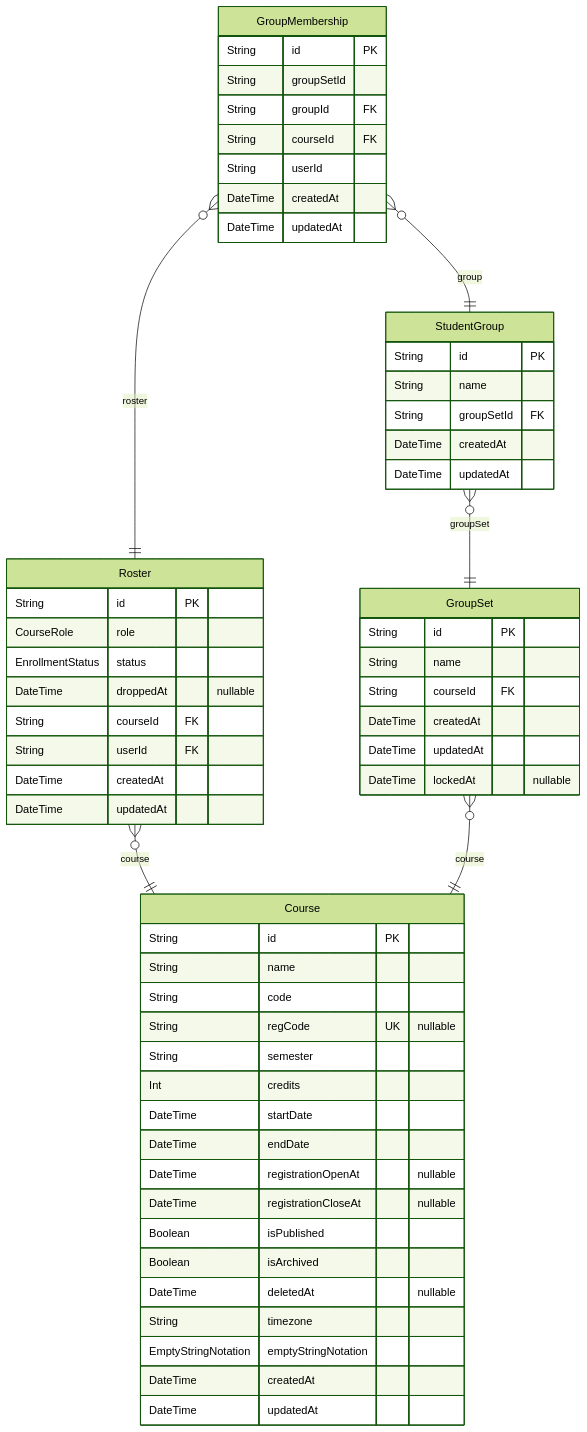
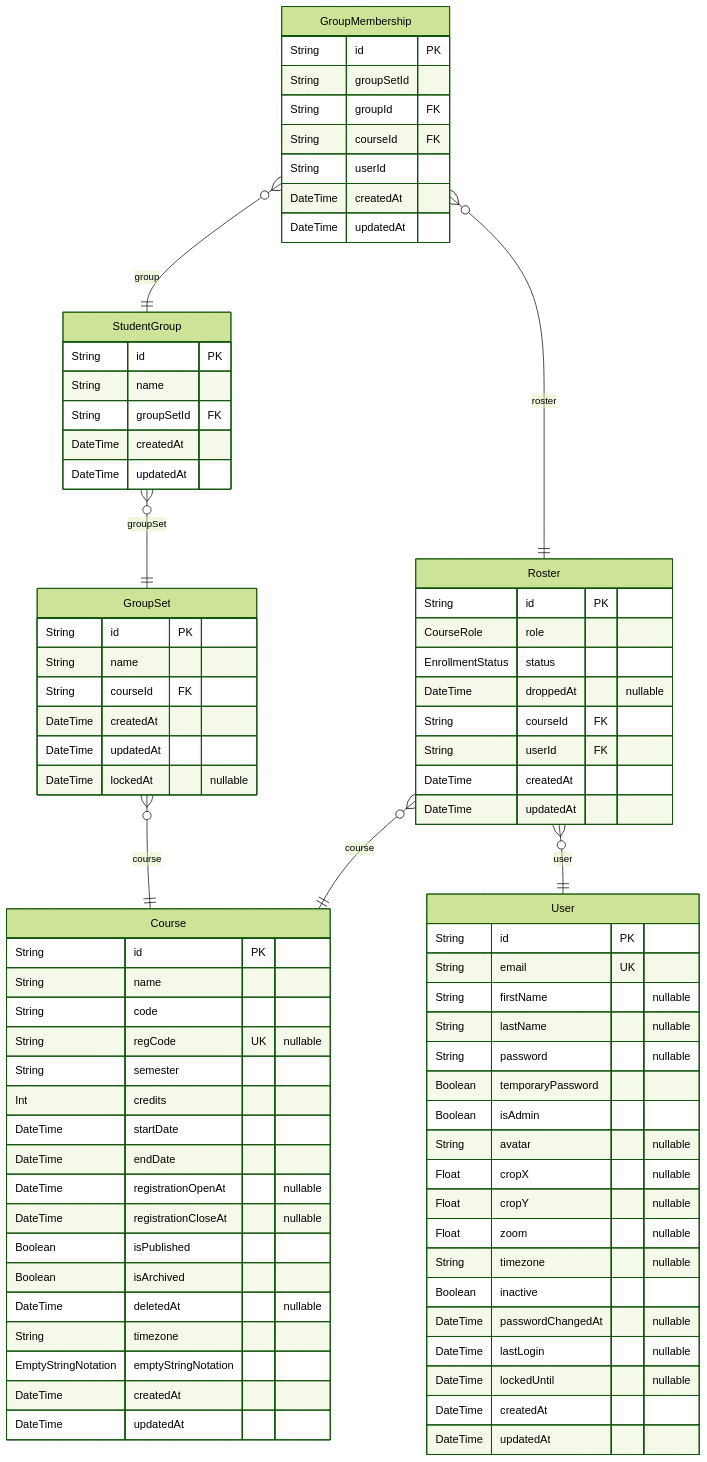
The second of 5 diagrams in docs-site/docs/reference/database-schema.md (PennStateCS/AFCT), drawn with Mermaid (forest theme) before and after one commit. The commit also changed other lines of this file and 1 other file, not shown here.

````diff
--- a/docs-site/docs/reference/database-schema.md
+++ b/docs-site/docs/reference/database-schema.md
@@ -465,61 +567,82 @@
 ```mermaid
 erDiagram
 "Course" {
   String id PK
   String name
   String code
   String regCode UK "nullable"
   String semester
   Int credits
   DateTime startDate
   DateTime endDate
   DateTime registrationOpenAt "nullable"
   DateTime registrationCloseAt "nullable"
   Boolean isPublished
   Boolean isArchived
   DateTime deletedAt "nullable"
   String timezone
   EmptyStringNotation emptyStringNotation
   DateTime createdAt
   DateTime updatedAt
 }
 "Roster" {
   String id PK
   CourseRole role
   EnrollmentStatus status
   DateTime droppedAt "nullable"
   String courseId FK
   String userId FK
   DateTime createdAt
   DateTime updatedAt
 }
 "GroupSet" {
   String id PK
   String name
   String courseId FK
   DateTime createdAt
   DateTime updatedAt
   DateTime lockedAt "nullable"
 }
 "StudentGroup" {
   String id PK
   String name
   String groupSetId FK
   DateTime createdAt
   DateTime updatedAt
 }
 "GroupMembership" {
   String id PK
   String groupSetId
   String groupId FK
   String courseId FK
   String userId
   DateTime createdAt
   DateTime updatedAt
 }
+"User" {
+  String id PK
+  String email UK
+  String firstName "nullable"
+  String lastName "nullable"
+  String password "nullable"
+  Boolean temporaryPassword
+  Boolean isAdmin
+  String avatar "nullable"
+  Float cropX "nullable"
+  Float cropY "nullable"
+  Float zoom "nullable"
+  String timezone "nullable"
+  Boolean inactive
+  DateTime passwordChangedAt "nullable"
+  DateTime lastLogin "nullable"
+  DateTime lockedUntil "nullable"
+  DateTime createdAt
+  DateTime updatedAt
+}
 "Roster" }o--|| "Course" : course
+"Roster" }o--|| "User" : user
 "GroupSet" }o--|| "Course" : course
 "StudentGroup" }o--|| "GroupSet" : groupSet
 "GroupMembership" }o--|| "StudentGroup" : group
 "GroupMembership" }o--|| "Roster" : roster
 ```
````
